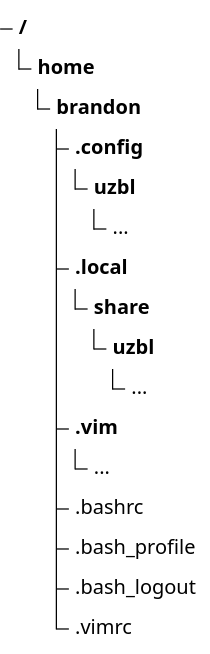
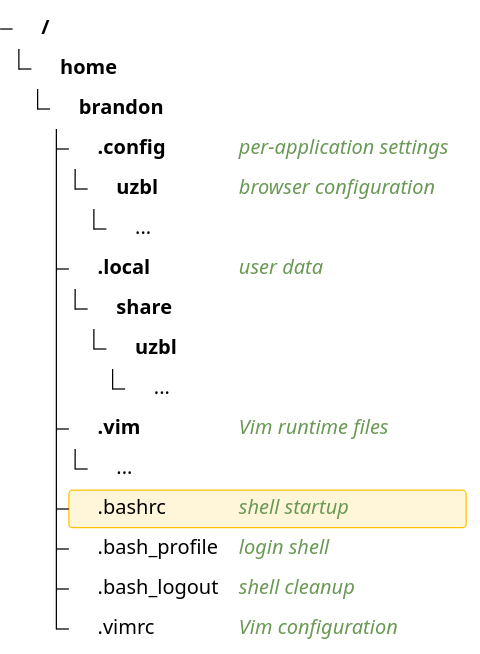
The first of 2 diagrams in content/posts/dotfiles-with-gnu-stow.md (gicrisf/zwit), drawn with Mermaid before and after one commit. The commit also changed other lines of this file and 1 other file, not shown here.

Commit message:
improve filetrees

````diff
--- a/content/posts/dotfiles-with-gnu-stow.md
+++ b/content/posts/dotfiles-with-gnu-stow.md
@@ -40,18 +40,23 @@
 ```mermaid
+---
+config:
+  treeView:
+    showIcons: true
+---
 treeView-beta
     home/
         brandon/
-            .config/
-                uzbl/
+            .config/ ## per-application settings
+                uzbl/ ## browser configuration
                     ...
-            .local/
+            .local/ ## user data
                 share/
                     uzbl/
                         ...
-            .vim/
+            .vim/ ## Vim runtime files
                 ...
-            .bashrc
-            .bash_profile
-            .bash_logout
-            .vimrc
+            .bashrc :::highlight icon(logos:bash) ## shell startup
+            .bash_profile ## login shell
+            .bash_logout ## shell cleanup
+            .vimrc icon(logos:vim) ## Vim configuration
 ```
````
